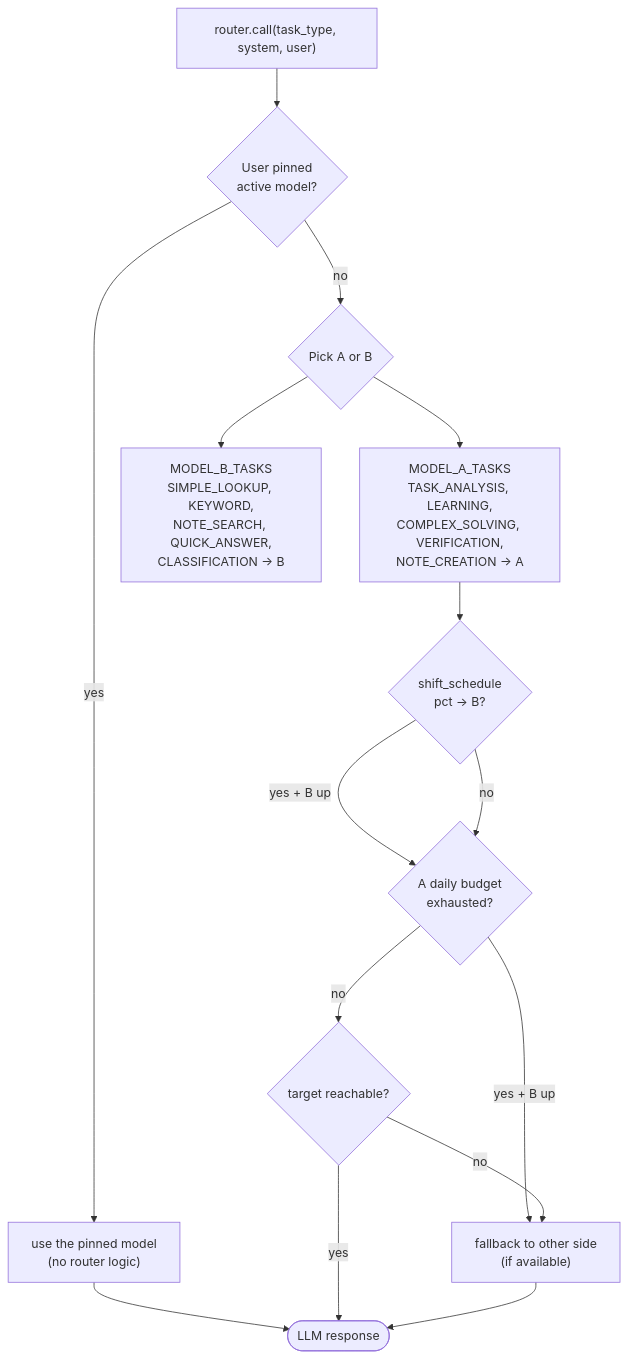
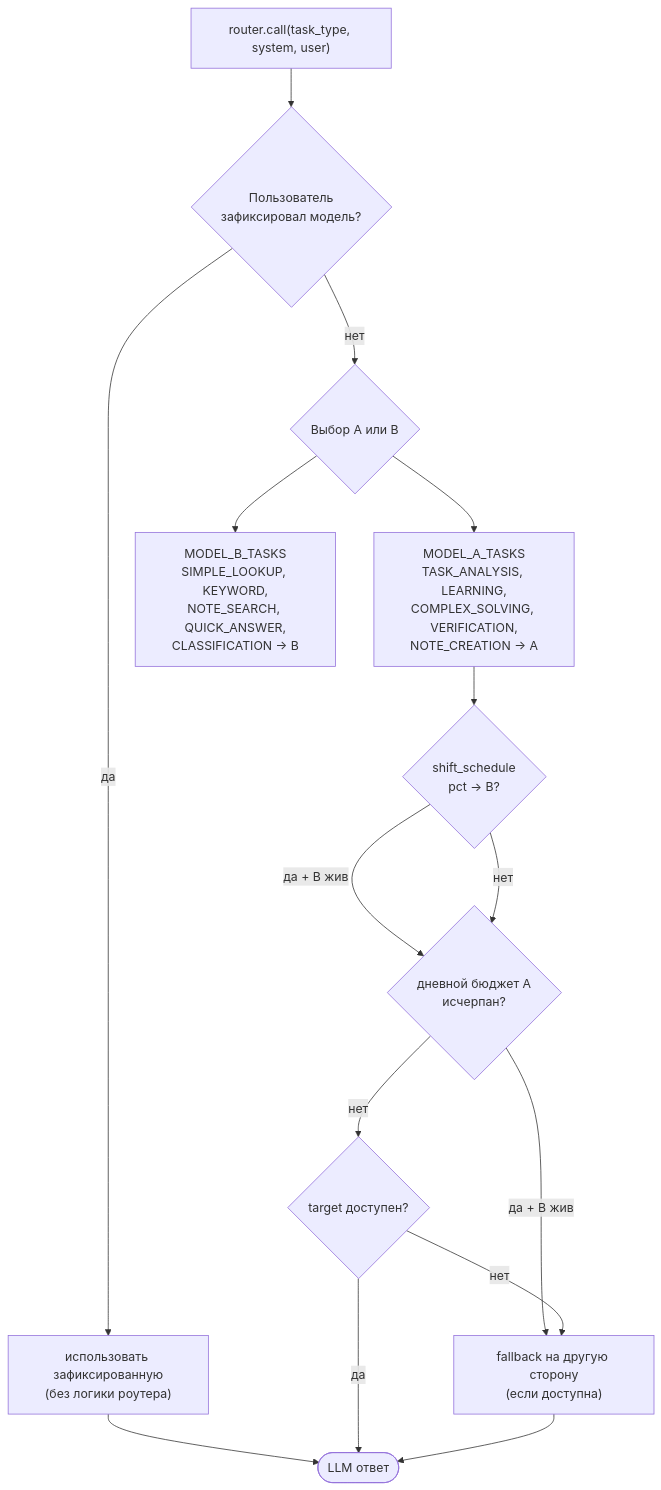
Before and after one commit to gjaloyan/hrant: the fifth of 12 diagrams in docs/architecture.md, drawn with Mermaid. The commit also changed other lines of this file, not shown here.

First line of the commit message:
docs(architecture): translate to Russian

````diff
--- a/docs/architecture.md
+++ b/docs/architecture.md
@@ -254,28 +255,28 @@
 ```mermaid
 flowchart TD
     CALL["router.call(task_type, system, user)"]
-    OVERRIDE{"User pinned<br/>active model?"}
-    USE_PINNED["use the pinned model<br/>(no router logic)"]
+    OVERRIDE{"Пользователь<br/>зафиксировал модель?"}
+    USE_PINNED["использовать зафиксированную<br/>(без логики роутера)"]
 
-    PICK{"Pick A or B"}
+    PICK{"Выбор A или B"}
     A_TASKS["MODEL_A_TASKS<br/>TASK_ANALYSIS, LEARNING,<br/>COMPLEX_SOLVING, VERIFICATION,<br/>NOTE_CREATION → A"]
     B_TASKS["MODEL_B_TASKS<br/>SIMPLE_LOOKUP, KEYWORD,<br/>NOTE_SEARCH, QUICK_ANSWER,<br/>CLASSIFICATION → B"]
 
     SHIFT{"shift_schedule<br/>pct → B?"}
-    BUDGET{"A daily budget<br/>exhausted?"}
-    HEALTH{"target reachable?"}
-    FALLBACK["fallback to other side<br/>(if available)"]
+    BUDGET{"дневной бюджет A<br/>исчерпан?"}
+    HEALTH{"target доступен?"}
+    FALLBACK["fallback на другую сторону<br/>(если доступна)"]
 
     CALL --> OVERRIDE
-    OVERRIDE -->|"yes"| USE_PINNED --> END(["LLM response"])
-    OVERRIDE -->|"no"| PICK
+    OVERRIDE -->|"да"| USE_PINNED --> END(["LLM ответ"])
+    OVERRIDE -->|"нет"| PICK
     PICK --> A_TASKS
     PICK --> B_TASKS
     A_TASKS --> SHIFT
-    SHIFT -->|"yes + B up"| BUDGET
-    SHIFT -->|"no"| BUDGET
-    BUDGET -->|"yes + B up"| FALLBACK
-    BUDGET -->|"no"| HEALTH
-    HEALTH -->|"yes"| END
-    HEALTH -->|"no"| FALLBACK --> END
+    SHIFT -->|"да + B жив"| BUDGET
+    SHIFT -->|"нет"| BUDGET
+    BUDGET -->|"да + B жив"| FALLBACK
+    BUDGET -->|"нет"| HEALTH
+    HEALTH -->|"да"| END
+    HEALTH -->|"нет"| FALLBACK --> END
 ```
````
